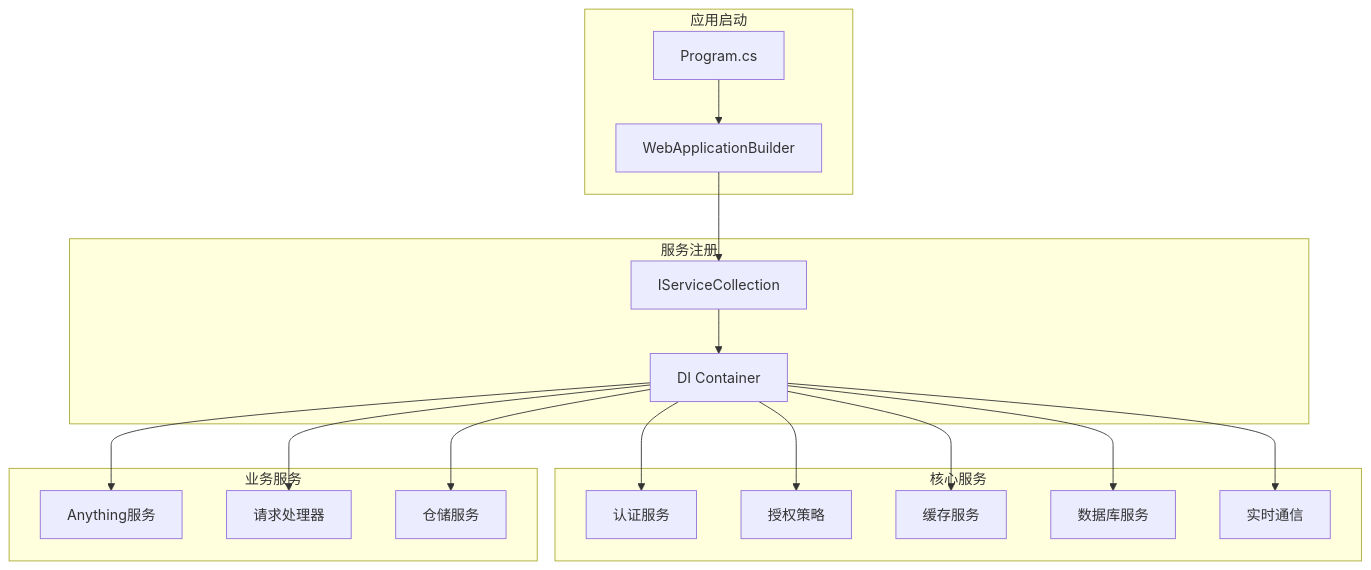
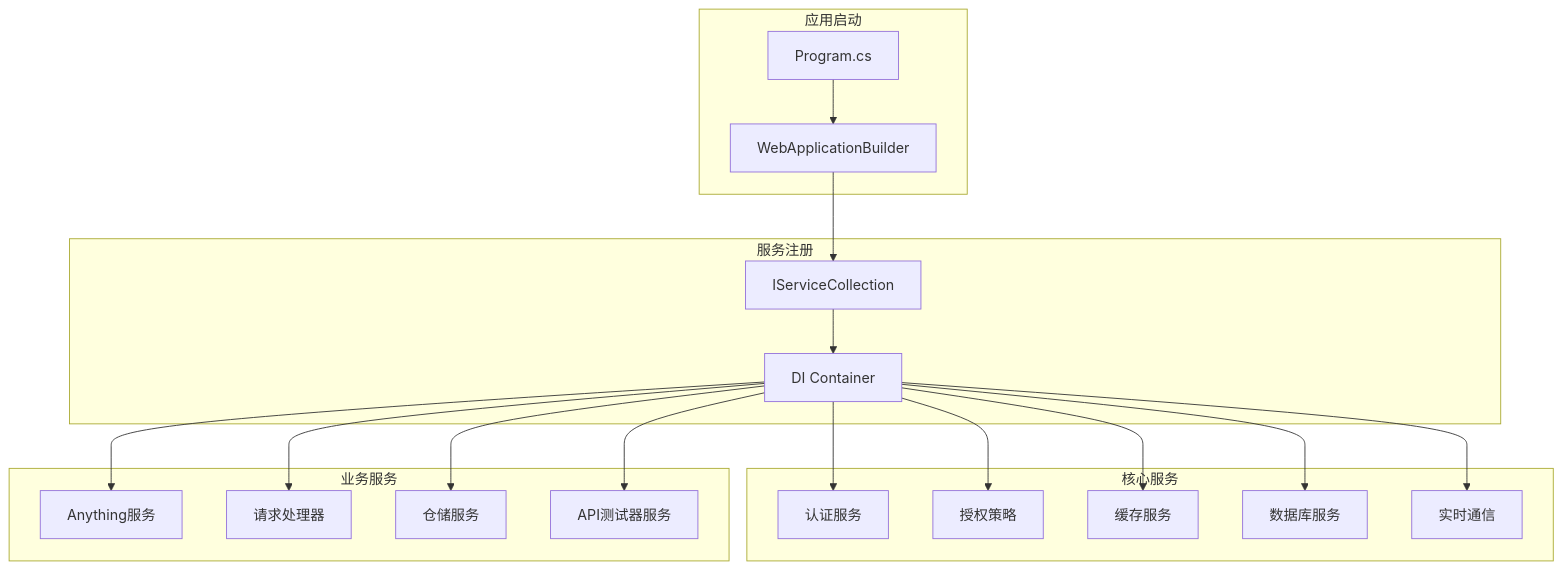
One commit to Sosososolong/AirGo changed diagram 15 of 17 in .qoder/repowiki/zh/content/核心架构设计/布局导航系统更新.md. Above: the diagram before and after it, drawn with Mermaid. The commit also changed other lines of this file and 14 other files, not shown here.

````diff
--- a/.qoder/repowiki/zh/content/核心架构设计/布局导航系统更新.md
+++ b/.qoder/repowiki/zh/content/核心架构设计/布局导航系统更新.md
@@ -465,34 +550,36 @@
 ```mermaid
 graph TB
 subgraph "应用启动"
 Program[Program.cs]
 Builder[WebApplicationBuilder]
 end
 subgraph "服务注册"
 Services[IServiceCollection]
 DIContainer[DI Container]
 end
 subgraph "核心服务"
 Authentication[认证服务]
 Authorization[授权策略]
 Cache[缓存服务]
 Database[数据库服务]
 SignalR[实时通信]
 end
 subgraph "业务服务"
 AnythingService[Anything服务]
 RequestProcessor[请求处理器]
 Repository[仓储服务]
+ApiTesterService[API测试器服务]
 end
 Program --> Builder
 Builder --> Services
 Services --> DIContainer
 DIContainer --> Authentication
 DIContainer --> Authorization
 DIContainer --> Cache
 DIContainer --> Database
 DIContainer --> SignalR
 DIContainer --> AnythingService
 DIContainer --> RequestProcessor
 DIContainer --> Repository
+DIContainer --> ApiTesterService
 ```
````
